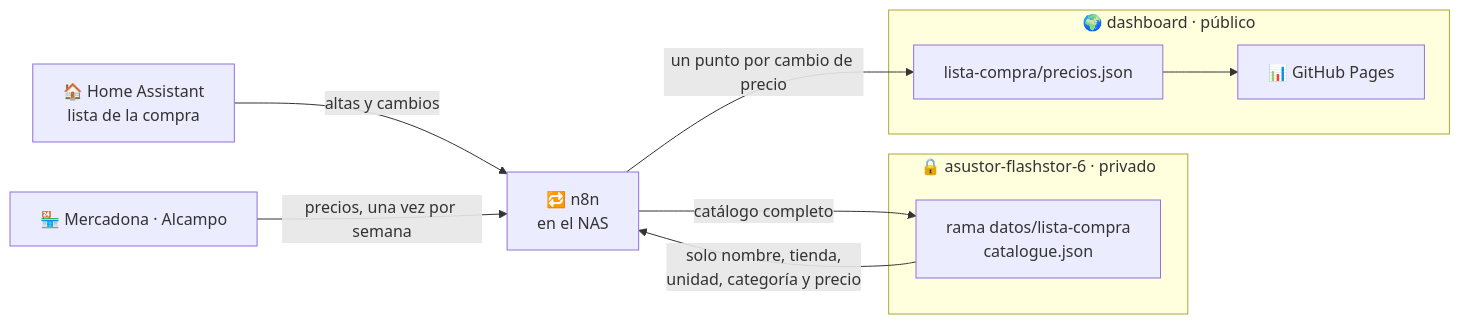
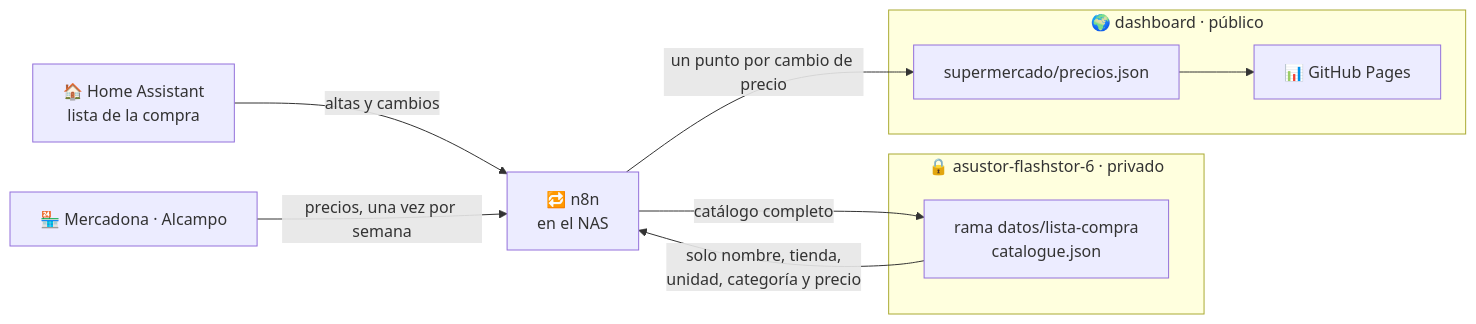
The diagram in README.md (moilolon/dashboard), drawn with Mermaid before and after one commit. The commit also changed other lines of this file and 8 other files, not shown here.

````diff
--- a/README.md
+++ b/README.md
@@ -47,22 +46,22 @@
 ```mermaid
 flowchart LR
     HA["🏠 Home Assistant<br/>lista de la compra"]
     N8N["🔁 n8n<br/>en el NAS"]
     TIENDAS["🏪 Mercadona · Alcampo"]
 
     subgraph PRIV["🔒 asustor-flashstor-6 · privado"]
         CAT["rama datos/lista-compra<br/>catalogue.json"]
     end
 
     subgraph PUB["🌍 dashboard · público"]
-        JSON["lista-compra/precios.json"]
+        JSON["supermercado/precios.json"]
         WEB["📊 GitHub Pages"]
     end
 
     HA -- "altas y cambios" --> N8N
     TIENDAS -- "precios, una vez por semana" --> N8N
     N8N -- "catálogo completo" --> CAT
     CAT -- "solo nombre, tienda,<br/>unidad, categoría y precio" --> N8N
     N8N -- "un punto por cambio de precio" --> JSON
     JSON --> WEB
 ```
````
